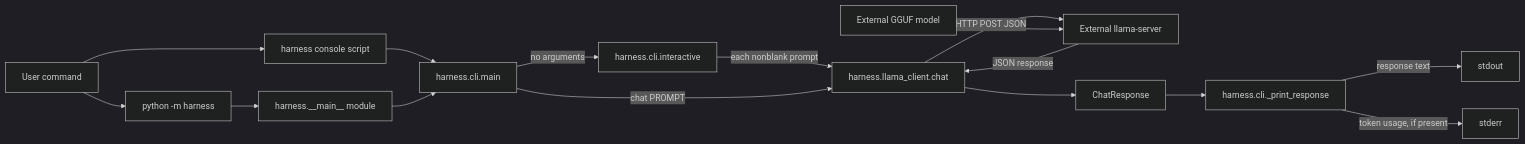
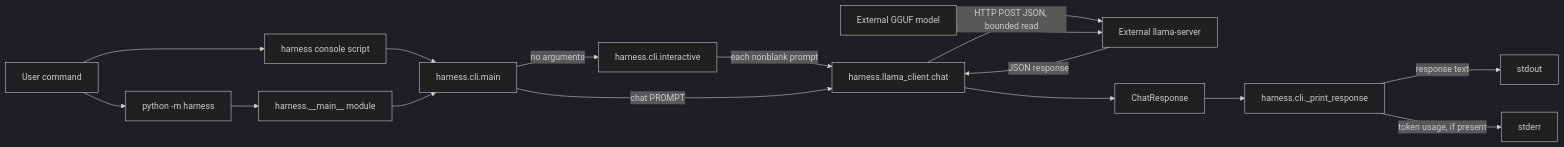
The first of 3 diagrams in docs/code-map.md (reganvannguyen/efficient-code-agent), drawn with Mermaid (dark theme) before and after one commit. The commit also changed other lines of this file and 7 other files, not shown here.

````diff
--- a/docs/code-map.md
+++ b/docs/code-map.md
@@ -12,18 +13,18 @@
 ```mermaid
 flowchart LR
     U[User command] --> E["python -m harness"]
     U --> K["harness console script"]
     K --> C[harness.cli.main]
     E --> M["harness.__main__ module"]
     M --> C
     C -->|no arguments| I[harness.cli.interactive]
     I -->|each nonblank prompt| H[harness.llama_client.chat]
     C -->|chat PROMPT| H
-    H -->|HTTP POST JSON| S[External llama-server]
+    H -->|HTTP POST JSON, bounded read| S[External llama-server]
     G[External GGUF model] --> S
     S -->|JSON response| H
     H --> R[ChatResponse]
     R --> P[harness.cli._print_response]
     P -->|response text| O[stdout]
     P -->|token usage, if present| D[stderr]
 ```
````
